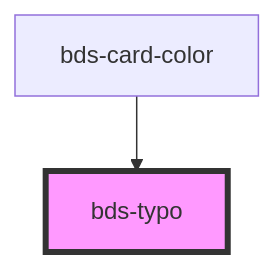
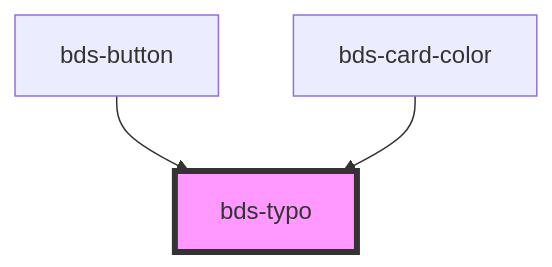
Before and after one commit to takenet/blip-ds: the diagram in src/components/typo/readme.md, drawn with Mermaid. The commit also changed other lines of this file and 233 other files, not shown here.

````diff
--- a/src/components/typo/readme.md
+++ b/src/components/typo/readme.md
@@ -28,5 +29,6 @@
 ```mermaid
 graph TD;
+  bds-button --> bds-typo
   bds-card-color --> bds-typo
   style bds-typo fill:#f9f,stroke:#333,stroke-width:4px
 ```
````
